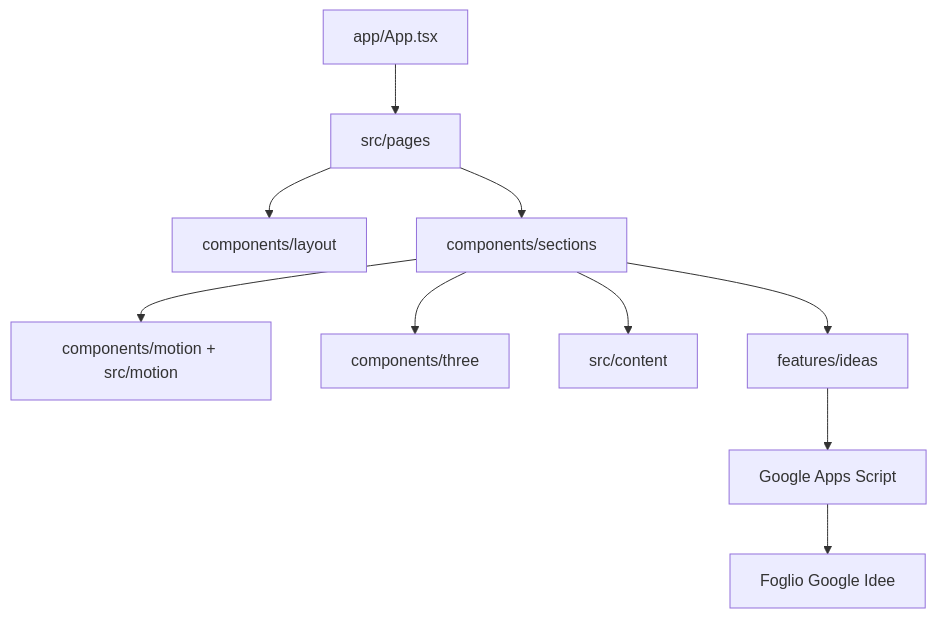
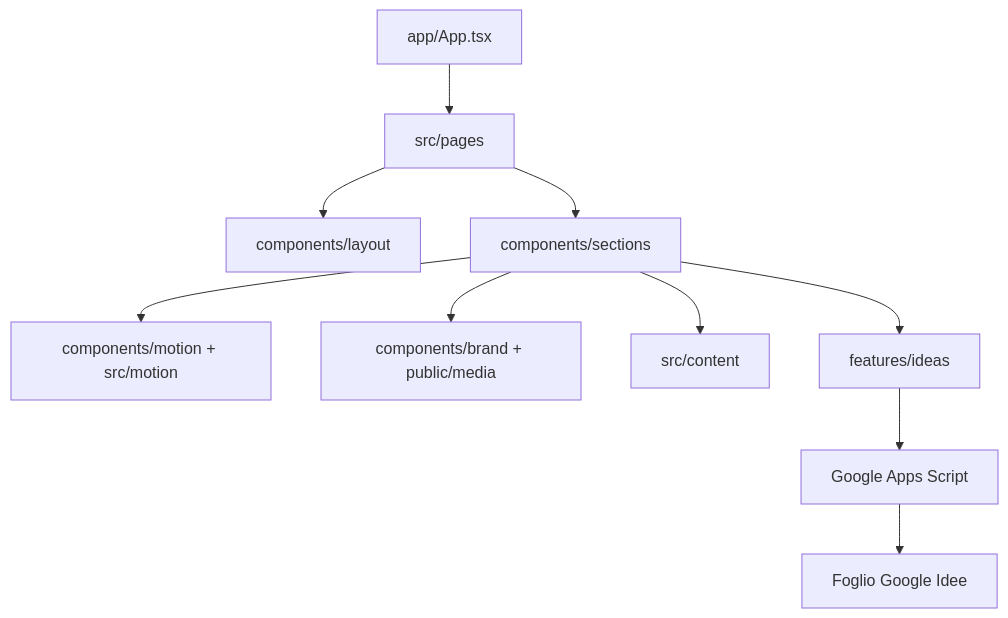
Before and after one commit to alessandrobottone2005-crypto/luminalista1: the diagram in docs/ARCHITECTURE.md, drawn with Mermaid. The commit also changed other lines of this file and 50 other files, not shown here.

````diff
--- a/docs/ARCHITECTURE.md
+++ b/docs/ARCHITECTURE.md
@@ -7,12 +7,12 @@
 ```mermaid
 flowchart TD
   App[app/App.tsx] --> Pages[src/pages]
   Pages --> Layout[components/layout]
   Pages --> Sections[components/sections]
   Sections --> Motion[components/motion + src/motion]
-  Sections --> Three[components/three]
+  Sections --> Media[components/brand + public/media]
   Sections --> Content[src/content]
   Sections --> Ideas[features/ideas]
   Ideas --> Script[Google Apps Script]
   Script --> Sheet[Foglio Google Idee]
 ```
````
